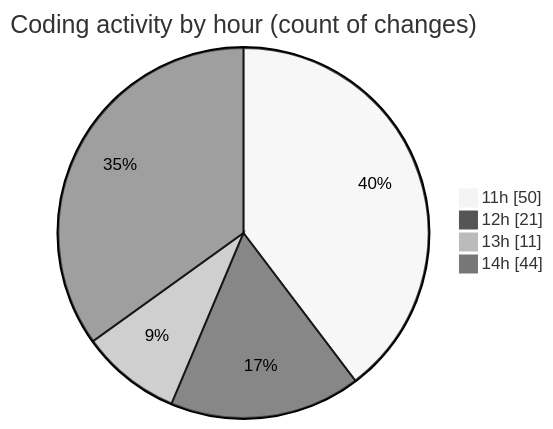
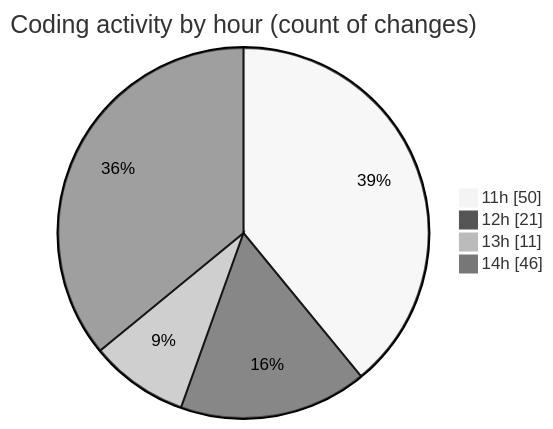
The second of 2 diagrams in 2026-02-06/singularitybrainai/README.md (tmsrecording-cyber/code-tracking), drawn with Mermaid (neutral theme) before and after one commit. The commit also changed other lines of this file and 1 other file, not shown here.

````diff
--- a/2026-02-06/singularitybrainai/README.md
+++ b/2026-02-06/singularitybrainai/README.md
@@ -41,8 +41,8 @@
 ```mermaid
 pie showData
 title Coding activity by hour (count of changes)
 "11h" : 50
 "12h" : 21
 "13h" : 11
-"14h" : 44
+"14h" : 46
 ```
````
